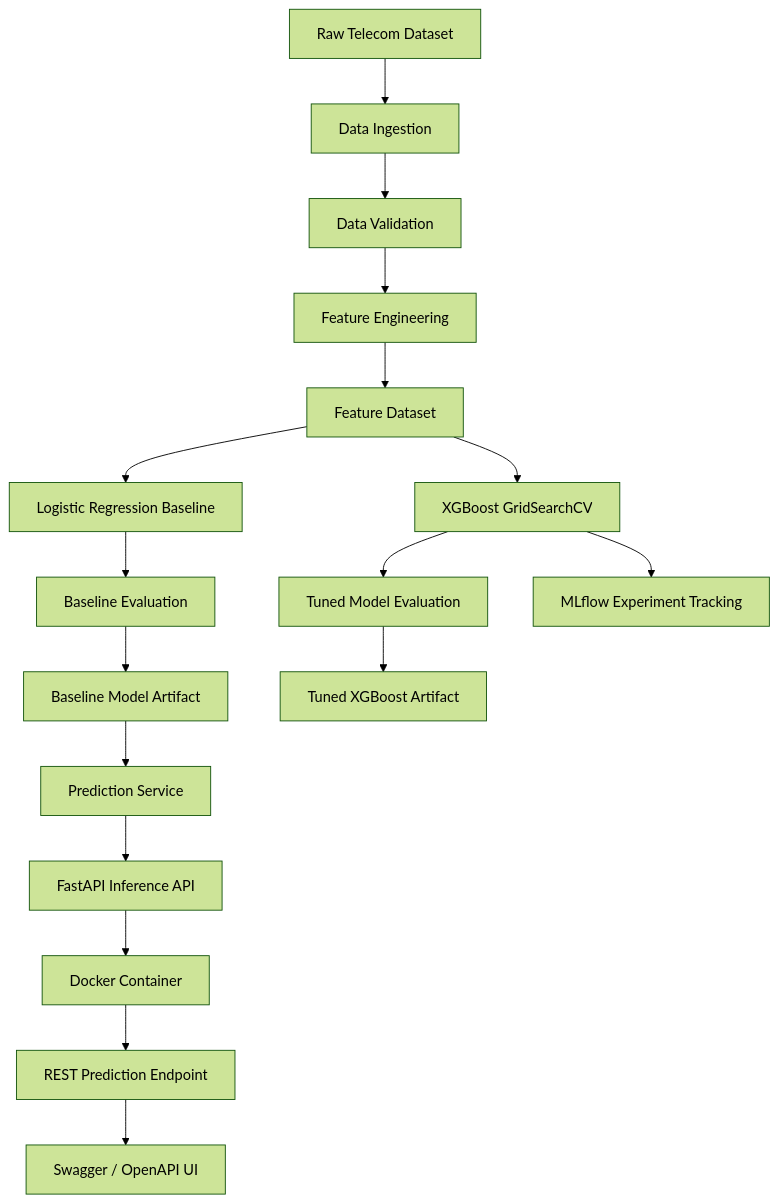
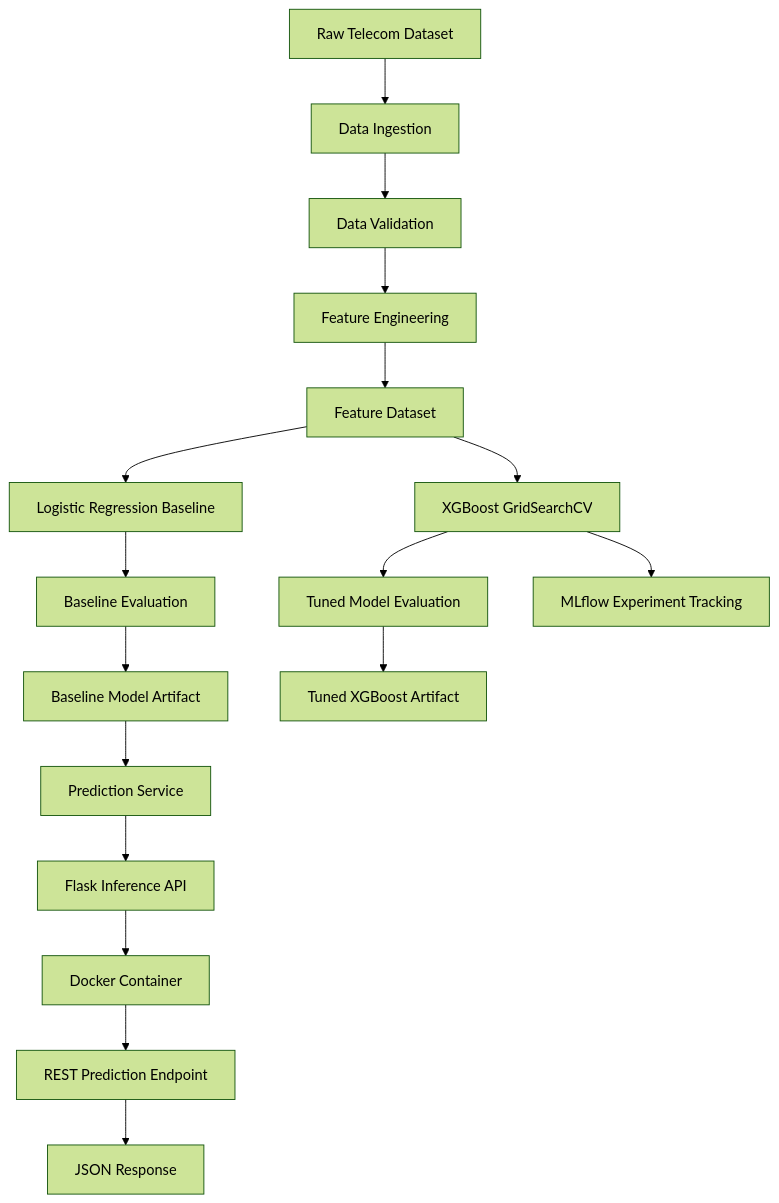
Before and after one commit to Ajeetkumar1850/ChurnGuard-Customer-Churn-Prediction-and-MLOps-Platform: the diagram in README.md, drawn with Mermaid (forest theme). The commit also changed other lines of this file and 5 other files, not shown here.

````diff
--- a/README.md
+++ b/README.md
@@ -175,26 +175,26 @@
 ```mermaid
 flowchart TD
 
 A[Raw Telecom Dataset] --> B[Data Ingestion]
 B --> C[Data Validation]
 C --> D[Feature Engineering]
 D --> E[Feature Dataset]
 
 E --> F[Logistic Regression Baseline]
 E --> G[XGBoost GridSearchCV]
 
 F --> H[Baseline Evaluation]
 G --> I[Tuned Model Evaluation]
 
 G --> J[MLflow Experiment Tracking]
 
 H --> K[Baseline Model Artifact]
 I --> L[Tuned XGBoost Artifact]
 
 K --> M[Prediction Service]
-M --> N[FastAPI Inference API]
+M --> N[Flask Inference API]
 
 N --> O[Docker Container]
 O --> P[REST Prediction Endpoint]
-P --> Q[Swagger / OpenAPI UI]
+P --> Q[JSON Response]
 ```
````
